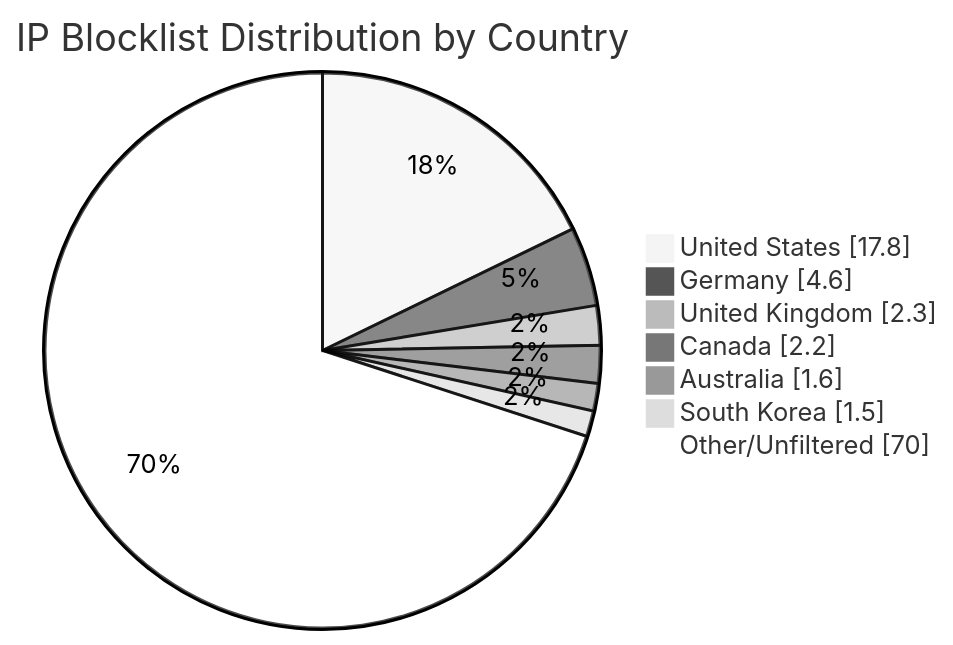
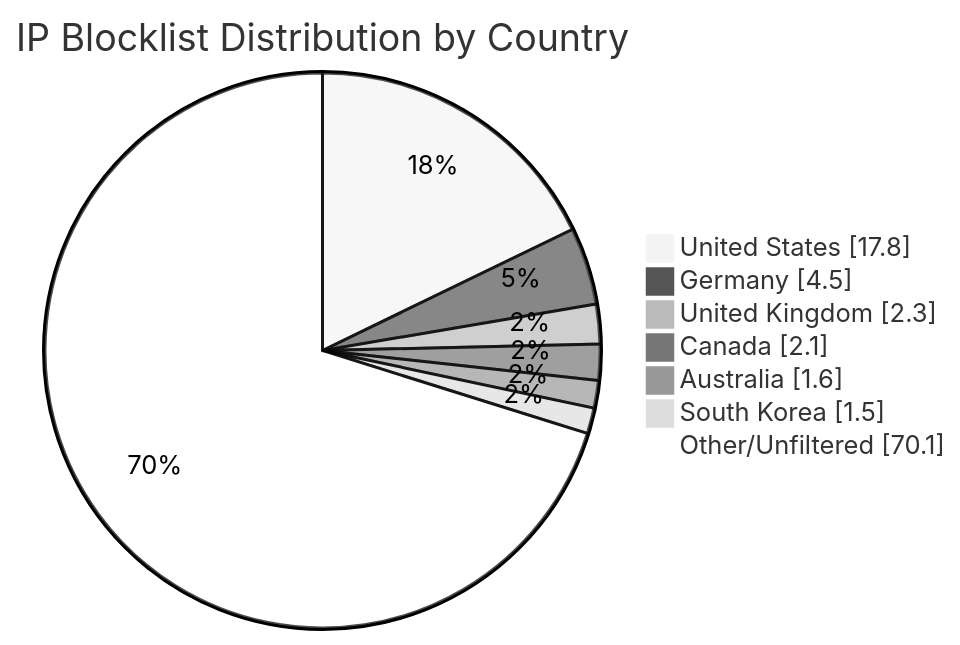
Before and after one commit to MarcusHoltz/ipblocklist-geofiltered-aggregator: the diagram in README.md, drawn with Mermaid (neutral theme). The commit also changed other lines of this file and 9 other files, not shown here.

````diff
--- a/README.md
+++ b/README.md
@@ -34,10 +34,10 @@
 ```mermaid
 pie showData title IP Blocklist Distribution by Country
 "United States" : 17.8
-"Germany" : 4.6
+"Germany" : 4.5
 "United Kingdom" : 2.3
-"Canada" : 2.2
+"Canada" : 2.1
 "Australia" : 1.6
 "South Korea" : 1.5
-"Other/Unfiltered" : 70.0
+"Other/Unfiltered" : 70.1
 ```
````
